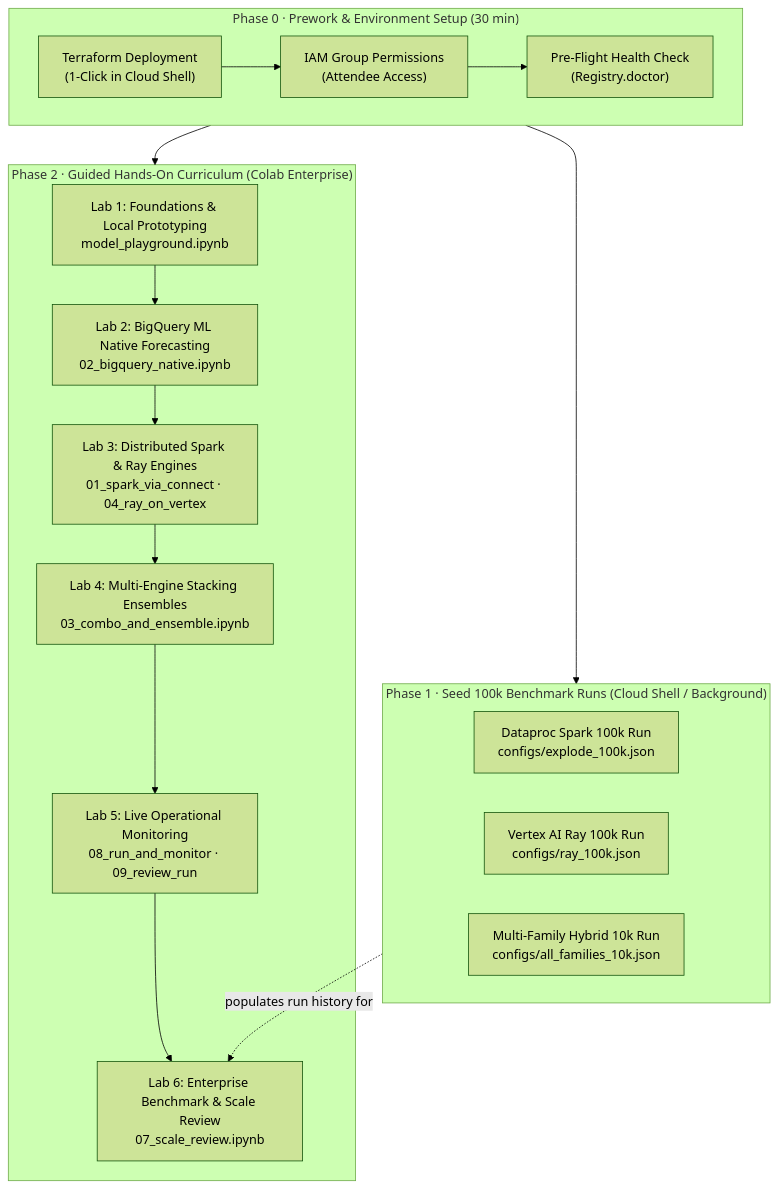
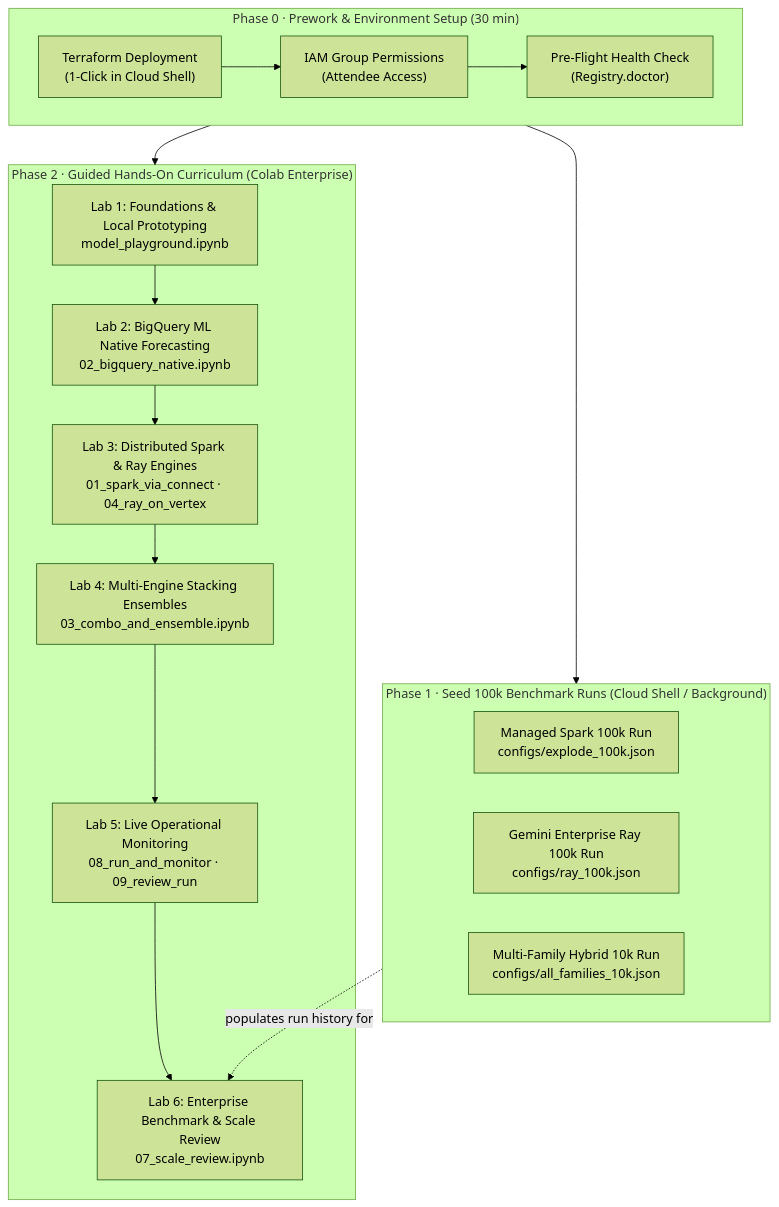
The diagram in docs/workshop.md (statmike/scale-forecasting), drawn with Mermaid (forest theme) before and after one commit. The commit also changed other lines of this file and 2 other files, not shown here.

Commit message:
docs: add Technology Stack section with official GCP links, align on Managed Spark and Gemini Enterprise naming, and polish workshop focus

````diff
--- a/docs/workshop.md
+++ b/docs/workshop.md
@@ -8,29 +8,29 @@
 ```mermaid
 flowchart TD
     subgraph Prework["Phase 0 · Prework & Environment Setup (30 min)"]
         P1["Terraform Deployment<br/>(1-Click in Cloud Shell)"]
         P2["IAM Group Permissions<br/>(Attendee Access)"]
         P3["Pre-Flight Health Check<br/>(Registry.doctor)"]
         P1 --> P2 --> P3
     end
 
     subgraph Batch["Phase 1 · Seed 100k Benchmark Runs (Cloud Shell / Background)"]
-        B1["Dataproc Spark 100k Run<br/>configs/explode_100k.json"]
-        B2["Vertex AI Ray 100k Run<br/>configs/ray_100k.json"]
+        B1["Managed Spark 100k Run<br/>configs/explode_100k.json"]
+        B2["Gemini Enterprise Ray 100k Run<br/>configs/ray_100k.json"]
         B3["Multi-Family Hybrid 10k Run<br/>configs/all_families_10k.json"]
     end
 
     subgraph Labs["Phase 2 · Guided Hands-On Curriculum (Colab Enterprise)"]
         L1["Lab 1: Foundations & Local Prototyping<br/>model_playground.ipynb"]
         L2["Lab 2: BigQuery ML Native Forecasting<br/>02_bigquery_native.ipynb"]
         L3["Lab 3: Distributed Spark & Ray Engines<br/>01_spark_via_connect · 04_ray_on_vertex"]
         L4["Lab 4: Multi-Engine Stacking Ensembles<br/>03_combo_and_ensemble.ipynb"]
         L5["Lab 5: Live Operational Monitoring<br/>08_run_and_monitor · 09_review_run"]
         L6["Lab 6: Enterprise Benchmark & Scale Review<br/>07_scale_review.ipynb"]
         L1 --> L2 --> L3 --> L4 --> L5 --> L6
     end
 
     Prework --> Batch
     Prework --> Labs
     Batch -.->|populates run history for| L6
 ```
````
